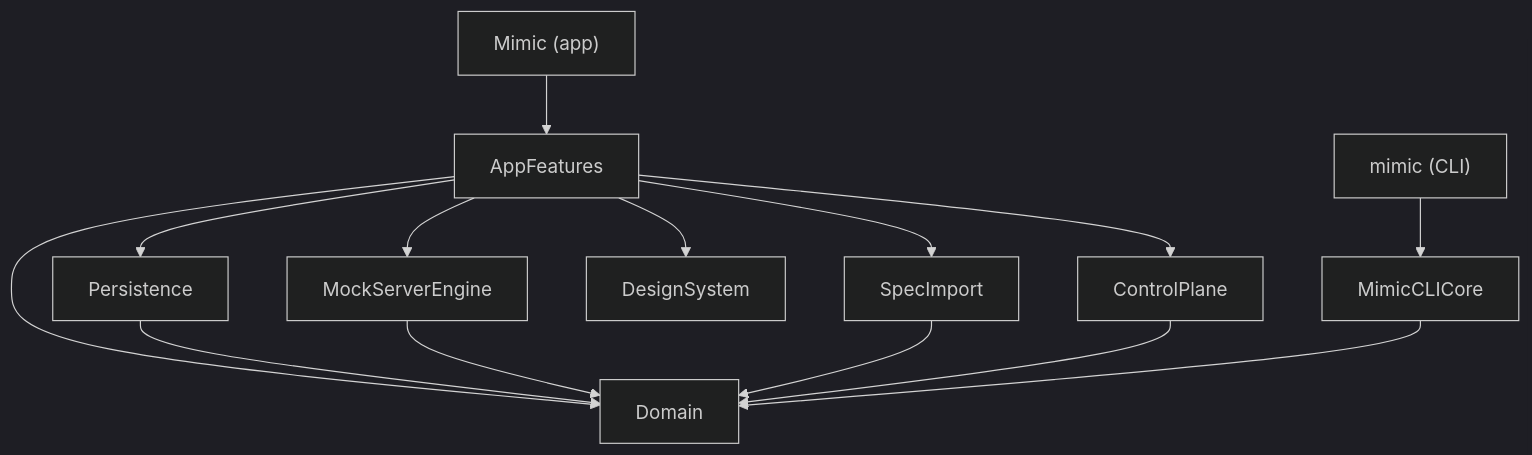
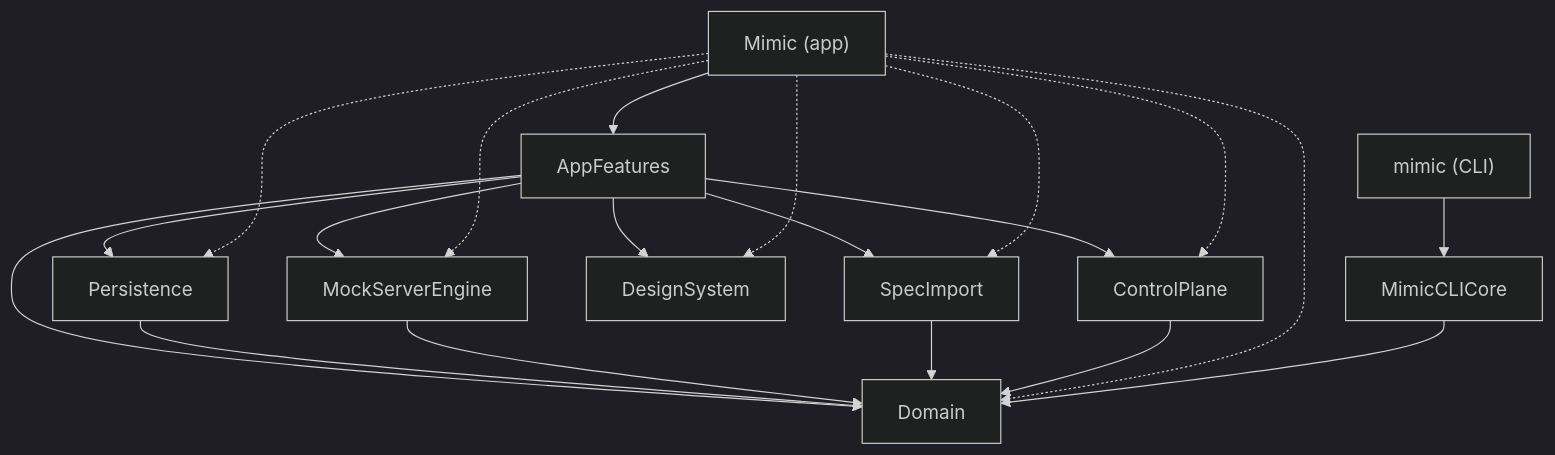
Before and after one commit to srpadrono/mimic: the diagram in README.md, drawn with Mermaid (dark theme). The commit also changed other lines of this file and 31 other files, not shown here.

````diff
--- a/README.md
+++ b/README.md
@@ -199,16 +199,22 @@
 ```mermaid
 flowchart TB
     A["Mimic (app)"] --> B["AppFeatures"]
     B --> C["Domain"]
     B --> D["Persistence"]
     B --> E["MockServerEngine"]
     B --> F["SpecImport"]
     B --> G["DesignSystem"]
     B --> H["ControlPlane"]
     D --> C
     E --> C
     F --> C
     H --> C
+    A -.-> C
+    A -.-> D
+    A -.-> E
+    A -.-> F
+    A -.-> G
+    A -.-> H
     I["mimic (CLI)"] --> J["MimicCLICore"]
     J --> C
 ```
````
